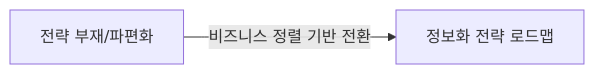
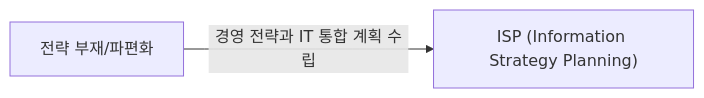
One commit to jeonck/fw-thinking changed the first of 3 diagrams in docs/01-it-governance/isp.md. Above: the diagram before and after it, drawn with Mermaid. The commit also changed other lines of this file and 123 other files, not shown here.

````diff
--- a/docs/01-it-governance/isp.md
+++ b/docs/01-it-governance/isp.md
@@ -9,4 +8,4 @@
 ```mermaid
 flowchart LR
-    A["전략 부재/파편화"] -- "비즈니스 정렬 기반 전환" --> B["정보화 전략 로드맵"]
+    A["전략 부재/파편화"] -- "경영 전략과 IT 통합 계획 수립" --> B["ISP (Information Strategy Planning)"]
 ```
````
